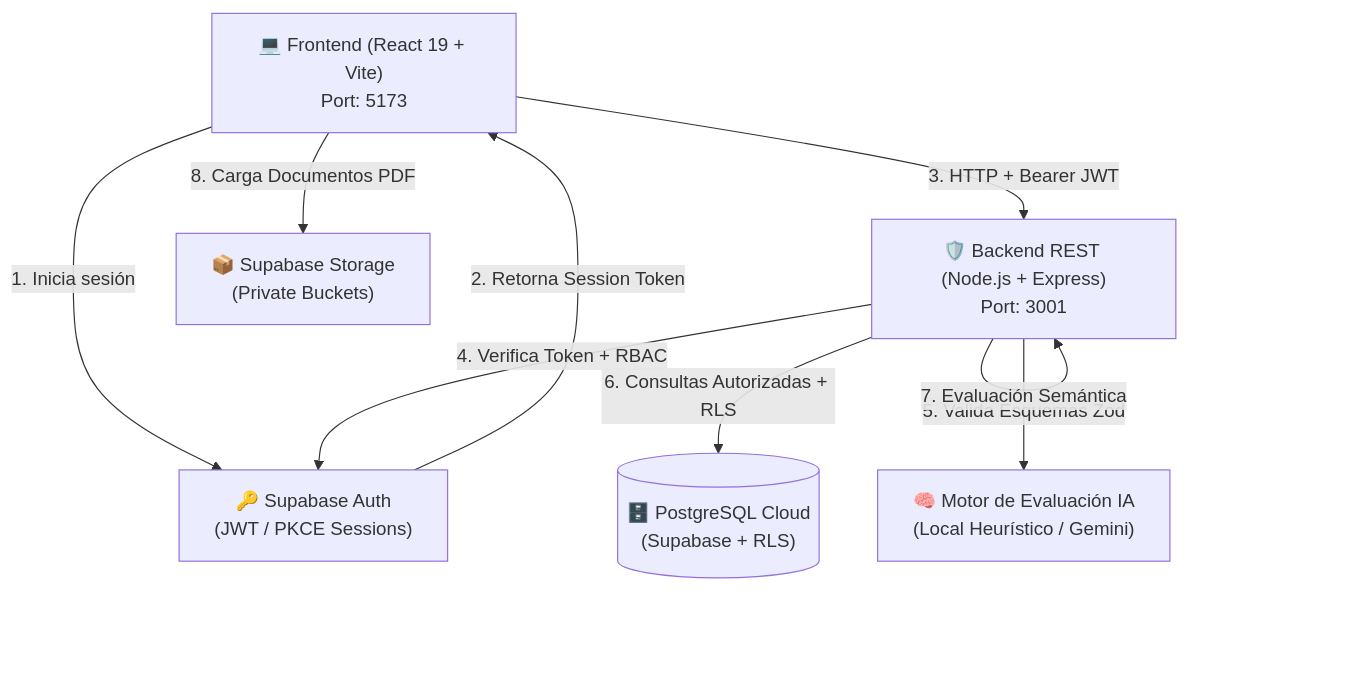
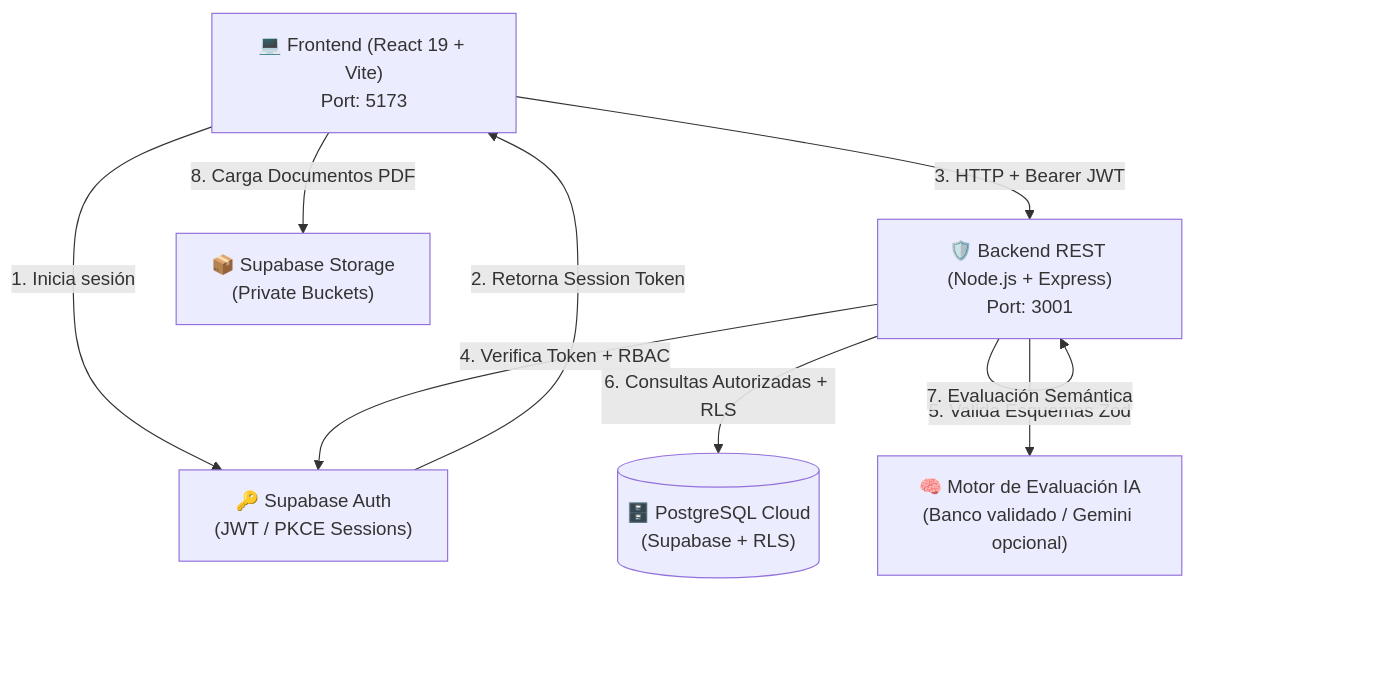
One commit to Fwlip307/InterAula changed the diagram in FASE 2/EVIDENCIAS PROYECTO/EVIDENCIA DE SISTEMA/InterAula/README.md. Above: the diagram before and after it, drawn with Mermaid. The commit also changed other lines of this file and 150 other files, not shown here.

````diff
--- a/FASE 2/EVIDENCIAS PROYECTO/EVIDENCIA DE SISTEMA/InterAula/README.md
+++ b/FASE 2/EVIDENCIAS PROYECTO/EVIDENCIA DE SISTEMA/InterAula/README.md
@@ -9,18 +19,18 @@
 ```mermaid
 graph TD
     Client["💻 Frontend (React 19 + Vite)<br/>Port: 5173"]
     API["🛡️ Backend REST (Node.js + Express)<br/>Port: 3001"]
     SupaAuth["🔑 Supabase Auth<br/>(JWT / PKCE Sessions)"]
     SupaDB[("🗄️ PostgreSQL Cloud<br/>(Supabase + RLS)")]
     SupaStorage["📦 Supabase Storage<br/>(Private Buckets)"]
-    AIModel["🧠 Motor de Evaluación IA<br/>(Local Heurístico / Gemini)"]
+    AIModel["🧠 Motor de Evaluación IA<br/>(Banco validado / Gemini opcional)"]
 
     Client -->|1. Inicia sesión| SupaAuth
     SupaAuth -->|2. Retorna Session Token| Client
     Client -->|3. HTTP + Bearer JWT| API
     API -->|4. Verifica Token + RBAC| SupaAuth
     API -->|5. Valida Esquemas Zod| API
     API -->|6. Consultas Autorizadas + RLS| SupaDB
     API -->|7. Evaluación Semántica| AIModel
     Client -->|8. Carga Documentos PDF| SupaStorage
 ```
````
